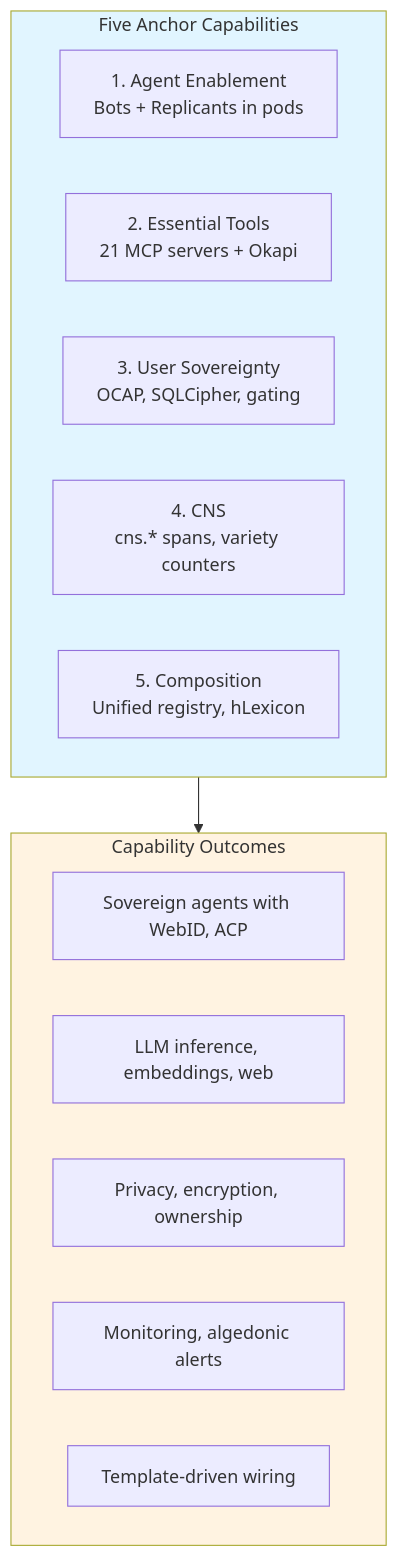
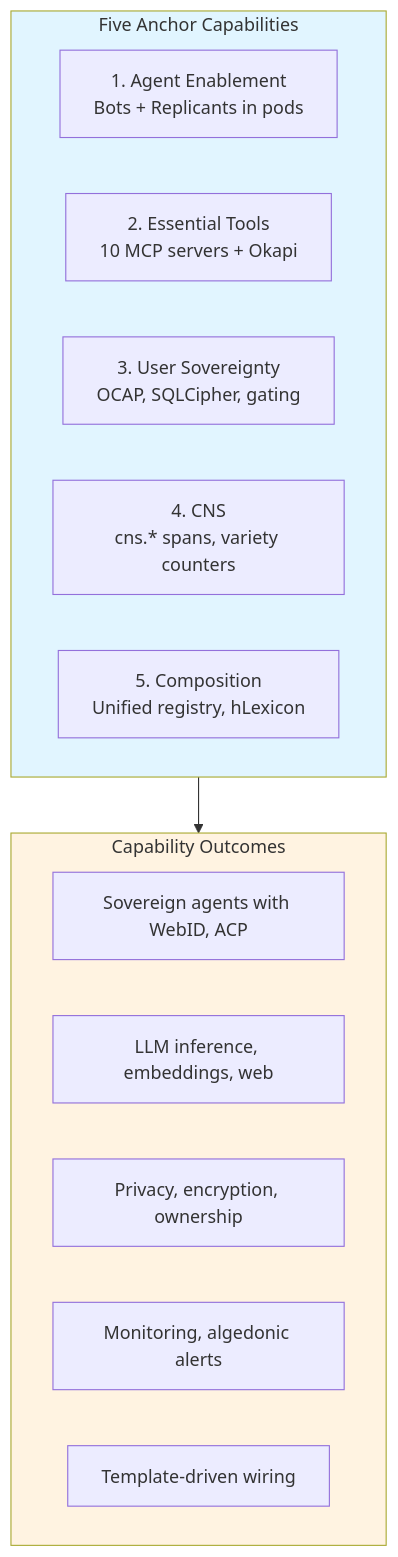
The first of 2 diagrams in docs/architecture/PRINCIPLES.md (mdz-axo/hKask), drawn with Mermaid before and after one commit. The commit also changed other lines of this file and 18 other files, not shown here.

````diff
--- a/docs/architecture/PRINCIPLES.md
+++ b/docs/architecture/PRINCIPLES.md
@@ -25,23 +25,23 @@
 ```mermaid
 graph TD
     subgraph Anchors[Five Anchor Capabilities]
         A1[1. Agent Enablement<br/>Bots + Replicants in pods]
-        A2[2. Essential Tools<br/>21 MCP servers + Okapi]
+        A2[2. Essential Tools<br/>10 MCP servers + Okapi]
         A3[3. User Sovereignty<br/>OCAP, SQLCipher, gating]
         A4[4. CNS<br/>cns.* spans, variety counters]
         A5[5. Composition<br/>Unified registry, hLexicon]
     end
     
     subgraph Outcomes[Capability Outcomes]
         O1[Sovereign agents with WebID, ACP]
         O2[LLM inference, embeddings, web]
         O3[Privacy, encryption, ownership]
         O4[Monitoring, algedonic alerts]
         O5[Template-driven wiring]
     end
     
     Anchors --> Outcomes
     
     style Anchors fill:#e1f5ff
     style Outcomes fill:#fff3e1
 ```
````
